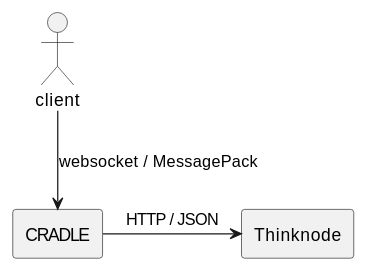
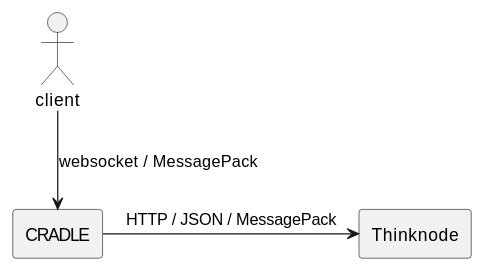
One commit to urlofmar/cradle changed the third of 5 diagrams in docs/intro.md. Above: the diagram before and after it, drawn with PlantUML. The commit also changed other lines of this file and 20 other files, not shown here.

````diff
--- a/docs/intro.md
+++ b/docs/intro.md
@@ -41,10 +45,10 @@
 ```plantuml
 @startuml
 actor client
 agent CRADLE
 agent Thinknode
 
 client -down-> CRADLE: websocket / MessagePack
-CRADLE -right-> Thinknode: HTTP / JSON
+CRADLE -right-> Thinknode: HTTP / JSON / MessagePack
 @enduml
 ```
````
